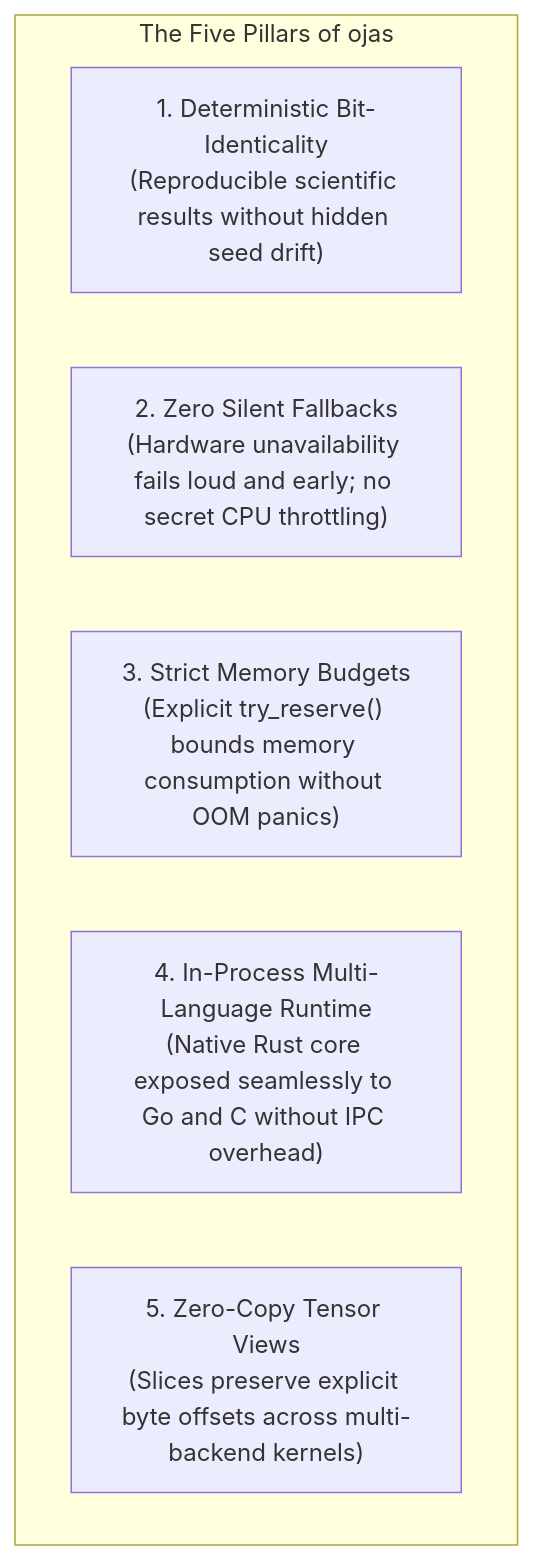
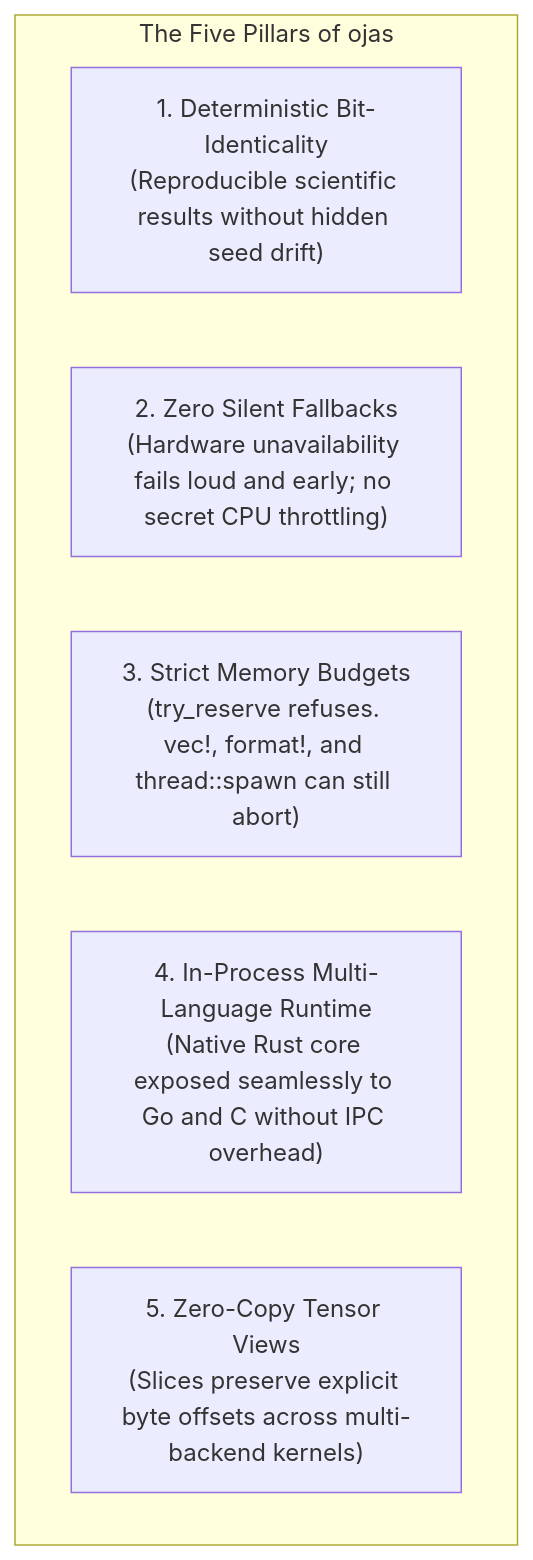
Before and after one commit to bharathvbcr/ojas: the first of 8 diagrams in docs/architecture.md, drawn with Mermaid. The commit also changed other lines of this file and 341 other files, not shown here.

````diff
--- a/docs/architecture.md
+++ b/docs/architecture.md
@@ -11,10 +11,10 @@
 ```mermaid
 flowchart TD
     subgraph CorePillars["The Five Pillars of ojas"]
         P1["1. Deterministic Bit-Identicality\n(Reproducible scientific results without hidden seed drift)"]
         P2["2. Zero Silent Fallbacks\n(Hardware unavailability fails loud and early; no secret CPU throttling)"]
-        P3["3. Strict Memory Budgets\n(Explicit try_reserve() bounds memory consumption without OOM panics)"]
+        P3["3. Strict Memory Budgets\n(try_reserve refuses. vec!, format!, and thread::spawn can still abort)"]
         P4["4. In-Process Multi-Language Runtime\n(Native Rust core exposed seamlessly to Go and C without IPC overhead)"]
         P5["5. Zero-Copy Tensor Views\n(Slices preserve explicit byte offsets across multi-backend kernels)"]
     end
 ```
````
